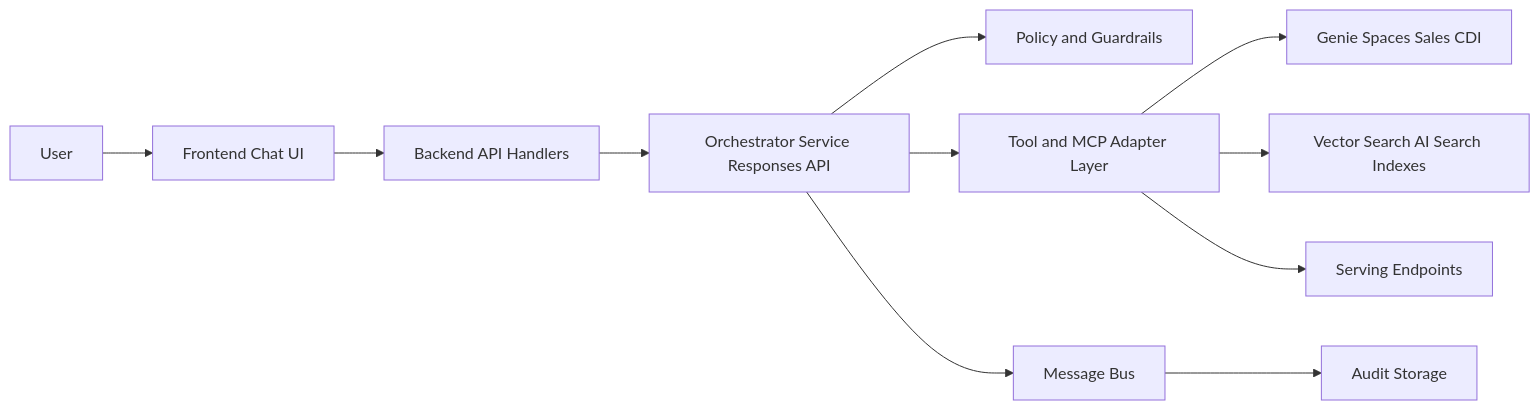
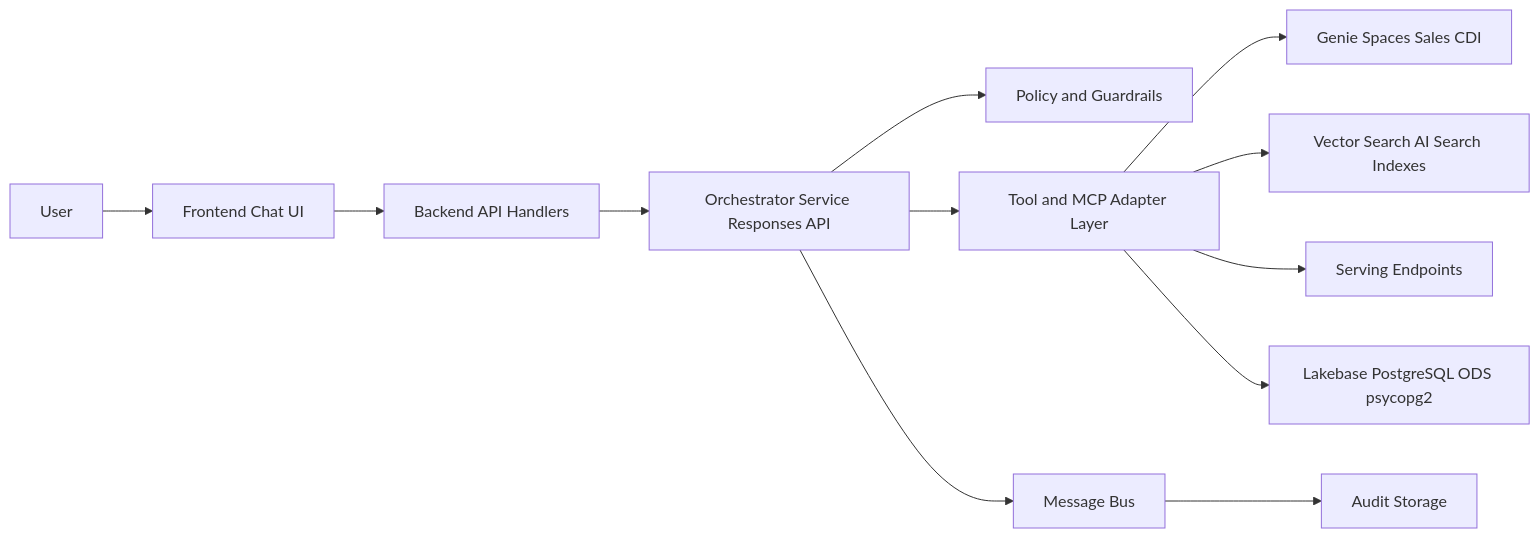
One commit to wchen-dea/Governed-Multi-Agent-Intelligence-on-Databricks changed the seventh of 22 diagrams in docs/architecture/design-artifacts/00-architecture-board-review.md. Above: the diagram before and after it, drawn with Mermaid. The commit also changed other lines of this file and 9 other files, not shown here.

````diff
--- a/docs/architecture/design-artifacts/00-architecture-board-review.md
+++ b/docs/architecture/design-artifacts/00-architecture-board-review.md
@@ -135,13 +136,14 @@
 ```mermaid
 flowchart LR
     User[User] --> FE[Frontend Chat UI]
     FE --> API[Backend API Handlers]
     API --> ORCH[Orchestrator Service Responses API]
     ORCH --> POL[Policy and Guardrails]
     ORCH --> TOOL[Tool and MCP Adapter Layer]
     TOOL --> GENIE[Genie Spaces Sales CDI]
     TOOL --> VS[Vector Search AI Search Indexes]
     TOOL --> SEP[Serving Endpoints]
+    TOOL --> LB[Lakebase PostgreSQL ODS psycopg2]
     ORCH --> BUS[Message Bus]
     BUS --> AUDIT[Audit Storage]
 ```
````
